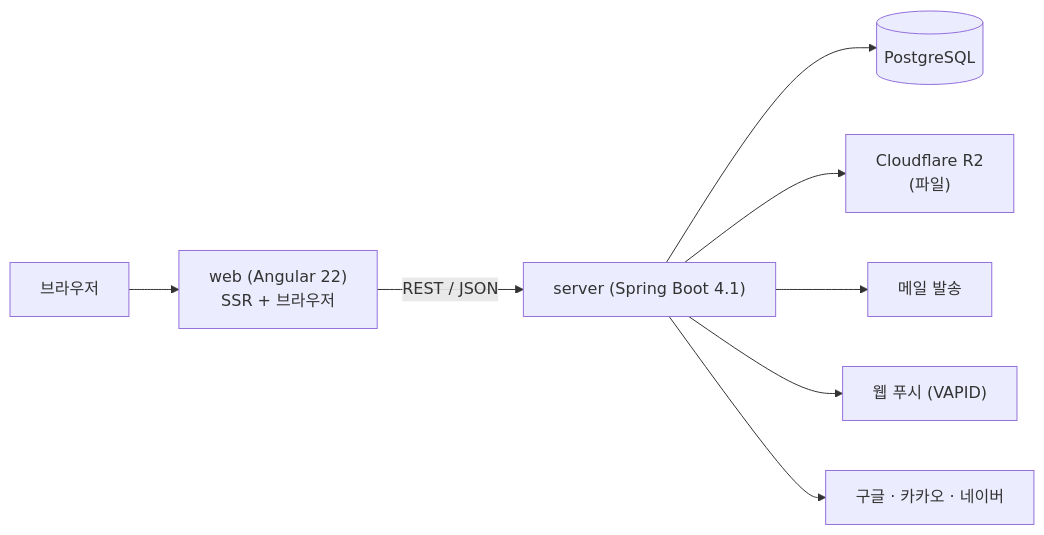
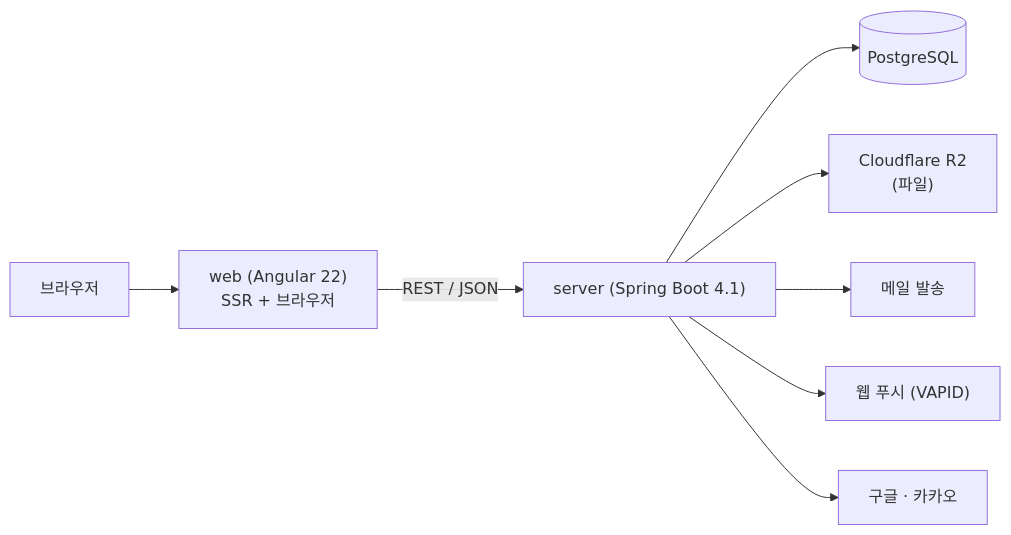
Before and after one commit to dev-goraebap/gentask: the diagram in docs/설계/인프라.md, drawn with Mermaid. The commit also changed other lines of this file and 8 other files, not shown here.

````diff
--- a/docs/설계/인프라.md
+++ b/docs/설계/인프라.md
@@ -11,10 +11,10 @@
 ```mermaid
 flowchart LR
     U["브라우저"] --> W["web (Angular 22)<br/>SSR + 브라우저"]
     W -->|"REST / JSON"| S["server (Spring Boot 4.1)"]
     S --> DB[("PostgreSQL")]
     S --> R2["Cloudflare R2<br/>(파일)"]
     S --> SMTP["메일 발송"]
     S --> PUSH["웹 푸시 (VAPID)"]
-    S --> OAUTH["구글 · 카카오 · 네이버"]
+    S --> OAUTH["구글 · 카카오"]
 ```
````
